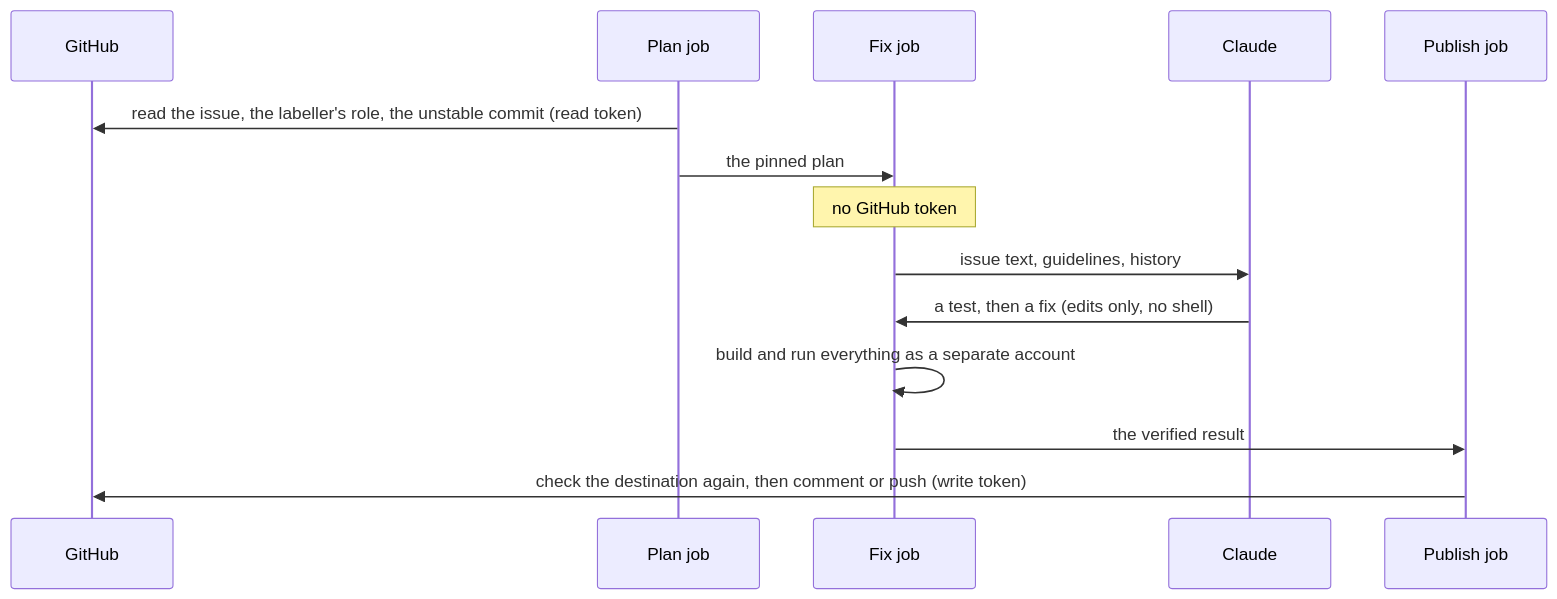
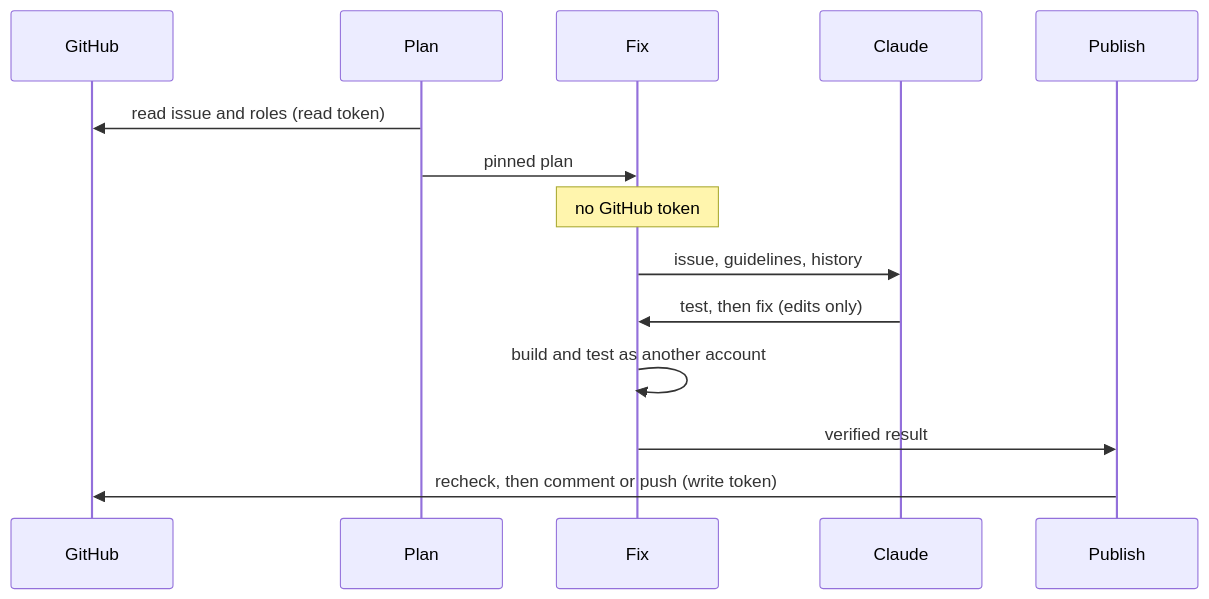
The third of 8 diagrams in docs/design/software-factory.md (sarthakaggarwal97/valkey-ci-agent), drawn with Mermaid before and after one commit. The commit also changed other lines of this file, not shown here.

Commit message:
Make the design doc's diagrams readable on GitHub

````diff
--- a/docs/design/software-factory.md
+++ b/docs/design/software-factory.md
@@ -251,16 +255,16 @@
 ```mermaid
 sequenceDiagram
     participant GH as GitHub
-    participant P as Plan job
-    participant F as Fix job
+    participant P as Plan
+    participant F as Fix
     participant C as Claude
-    participant U as Publish job
-    P->>GH: read the issue, the labeller's role, the unstable commit (read token)
-    P->>F: the pinned plan
+    participant U as Publish
+    P->>GH: read issue and roles (read token)
+    P->>F: pinned plan
     Note over F: no GitHub token
-    F->>C: issue text, guidelines, history
-    C->>F: a test, then a fix (edits only, no shell)
-    F->>F: build and run everything as a separate account
-    F->>U: the verified result
-    U->>GH: check the destination again, then comment or push (write token)
+    F->>C: issue, guidelines, history
+    C->>F: test, then fix (edits only)
+    F->>F: build and test as another account
+    F->>U: verified result
+    U->>GH: recheck, then comment or push (write token)
 ```
````
